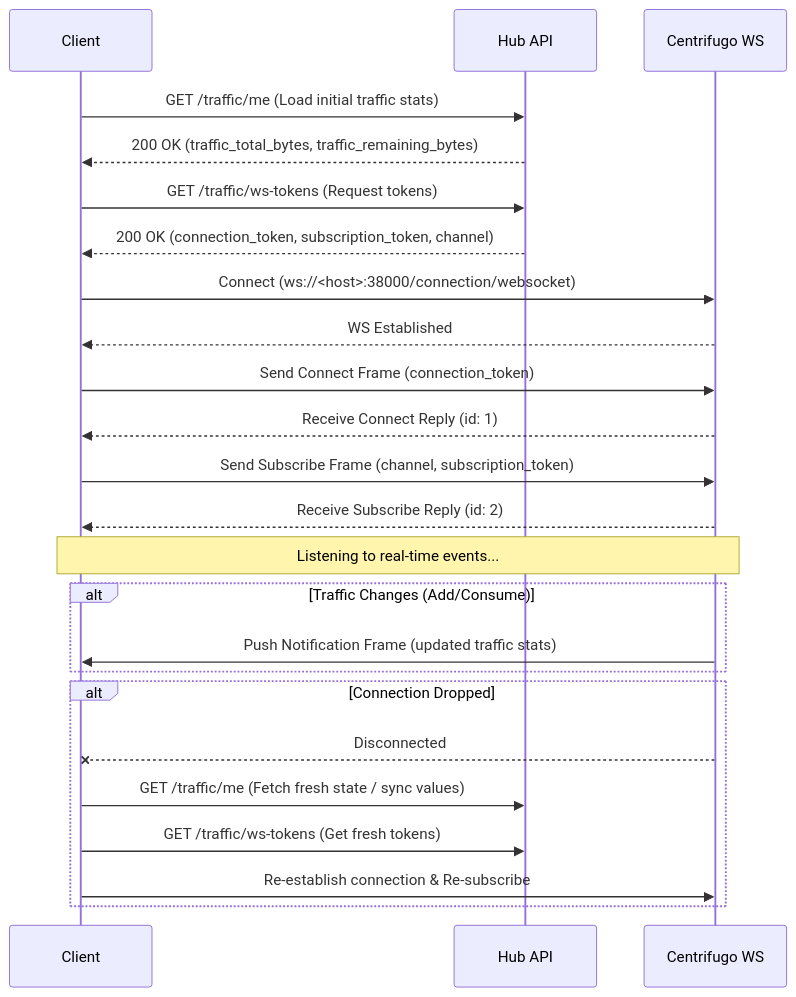
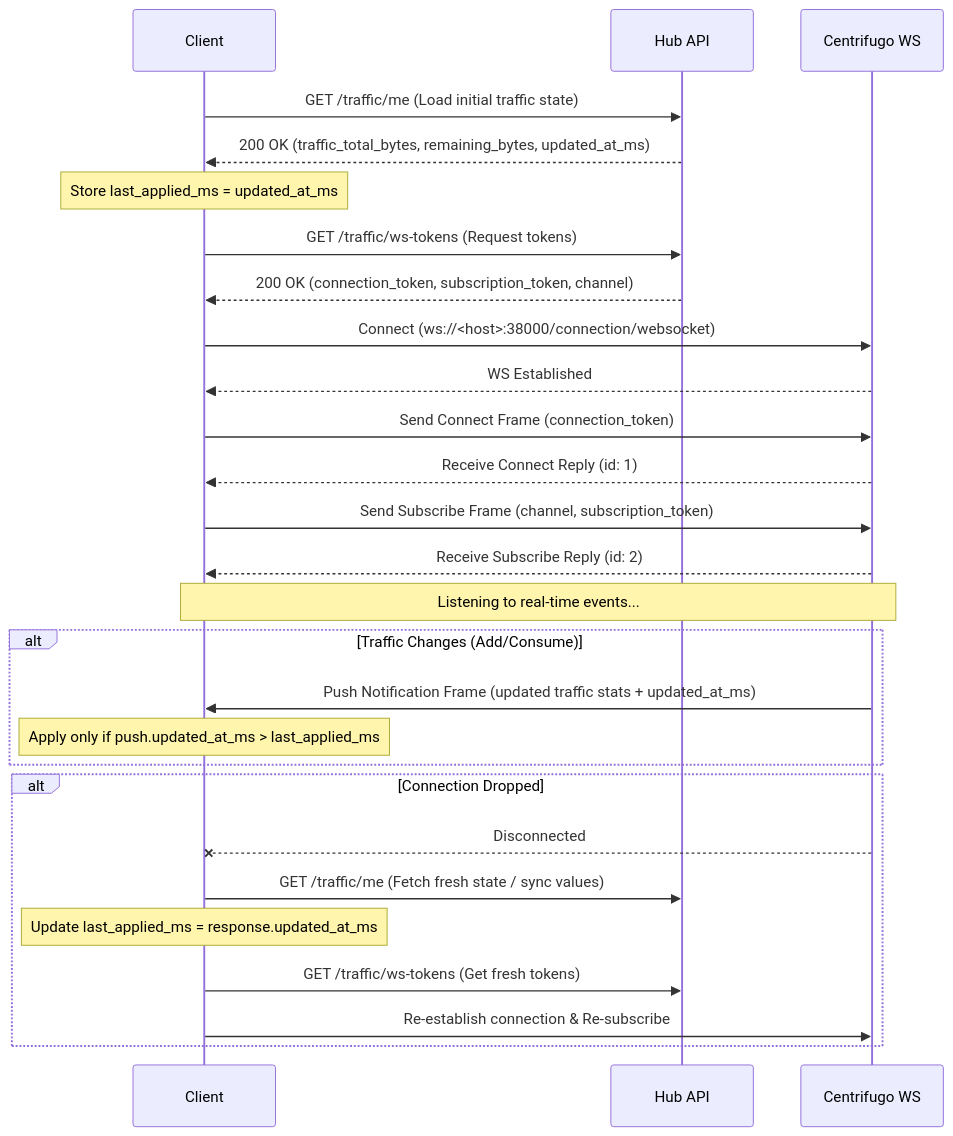
One commit to theorynow/AstrexVPN-server-hub changed the diagram in docs/traffic_websockets.en.md. Above: the diagram before and after it, drawn with Mermaid. The commit also changed other lines of this file and 5 other files, not shown here.

````diff
--- a/docs/traffic_websockets.en.md
+++ b/docs/traffic_websockets.en.md
@@ -9,34 +9,37 @@
 ```mermaid
 sequenceDiagram
     participant Client
     participant Hub API
     participant Centrifugo WS
 
-    Client->>Hub API: GET /traffic/me (Load initial traffic stats)
-    Hub API-->>Client: 200 OK (traffic_total_bytes, traffic_remaining_bytes)
+    Client->>Hub API: GET /traffic/me (Load initial traffic state)
+    Hub API-->>Client: 200 OK (traffic_total_bytes, remaining_bytes, updated_at_ms)
+    Note over Client: Store last_applied_ms = updated_at_ms
     
     Client->>Hub API: GET /traffic/ws-tokens (Request tokens)
     Hub API-->>Client: 200 OK (connection_token, subscription_token, channel)
     
     Client->>Centrifugo WS: Connect (ws://<host>:38000/connection/websocket)
     Centrifugo WS-->>Client: WS Established
     
     Client->>Centrifugo WS: Send Connect Frame (connection_token)
     Centrifugo WS-->>Client: Receive Connect Reply (id: 1)
     
     Client->>Centrifugo WS: Send Subscribe Frame (channel, subscription_token)
     Centrifugo WS-->>Client: Receive Subscribe Reply (id: 2)
     
     Note over Client, Centrifugo WS: Listening to real-time events...
     
     alt Traffic Changes (Add/Consume)
-        Centrifugo WS->>Client: Push Notification Frame (updated traffic stats)
+        Centrifugo WS->>Client: Push Notification Frame (updated traffic stats + updated_at_ms)
+        Note over Client: Apply only if push.updated_at_ms > last_applied_ms
     end
     
     alt Connection Dropped
         Centrifugo WS--xClient: Disconnected
         Client->>Hub API: GET /traffic/me (Fetch fresh state / sync values)
+        Note over Client: Update last_applied_ms = response.updated_at_ms
         Client->>Hub API: GET /traffic/ws-tokens (Get fresh tokens)
         Client->>Centrifugo WS: Re-establish connection & Re-subscribe
     end
 ```
````
